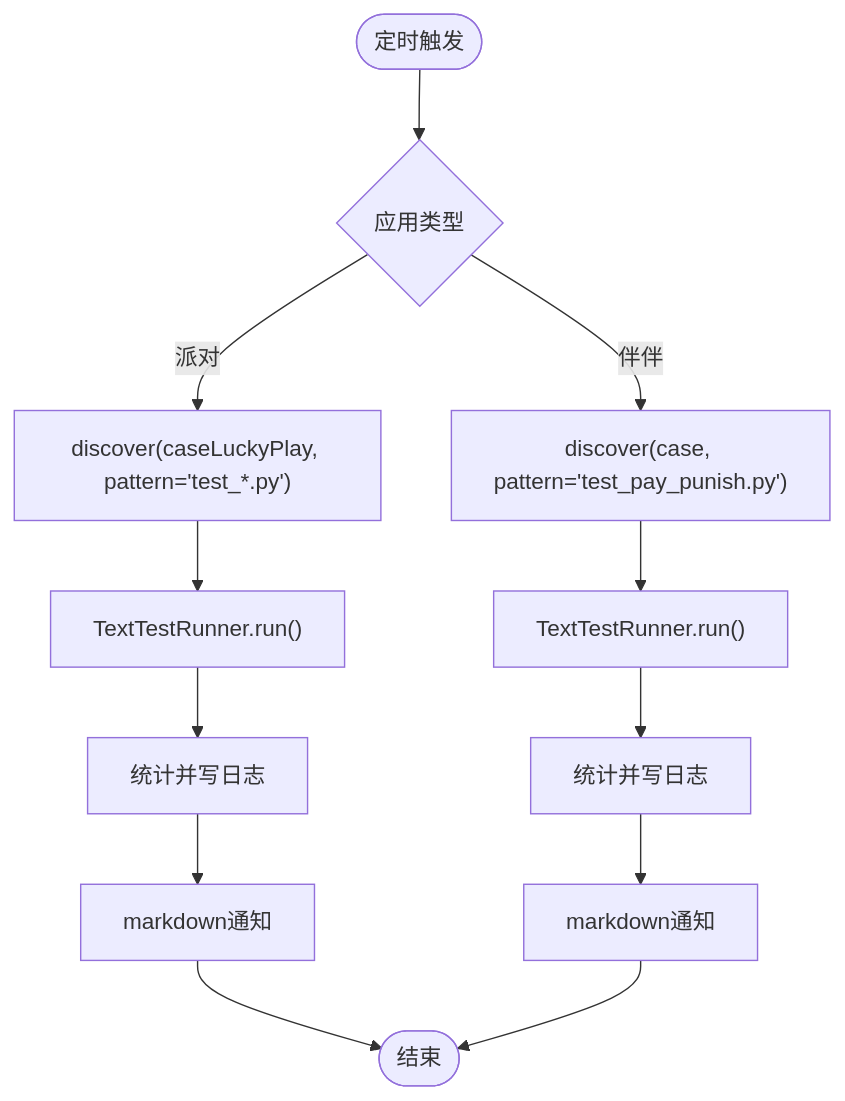
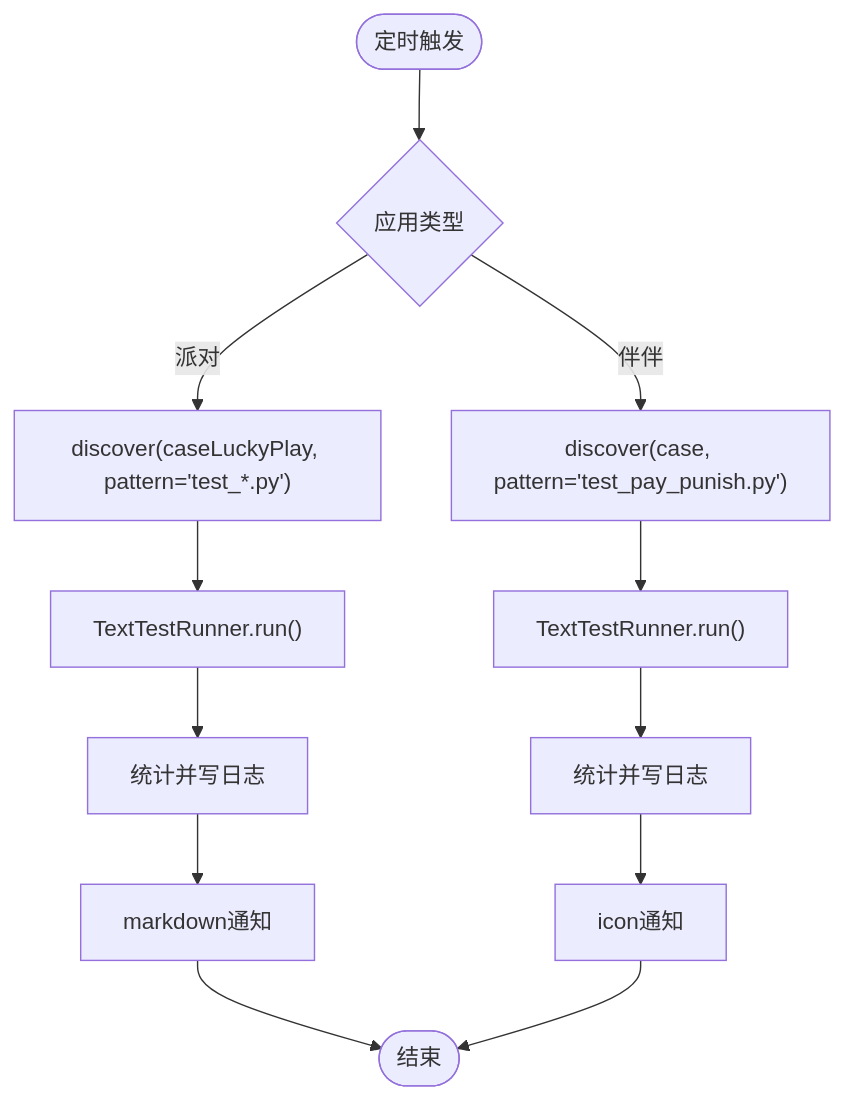
Before and after one commit to liximing1-ola/qa-payTest: the seventh of 12 diagrams in .qoder/repowiki/zh/content/自动化与CI_CD.md, drawn with Mermaid. The commit also changed other lines of this file and 3 other files, not shown here.

````diff
--- a/.qoder/repowiki/zh/content/自动化与CI_CD.md
+++ b/.qoder/repowiki/zh/content/自动化与CI_CD.md
@@ -319,14 +336,14 @@
 ```mermaid
 flowchart TD
 Start(["定时触发"]) --> ChooseApp{"应用类型"}
 ChooseApp --> |派对| LoadPT["discover(caseLuckyPlay, pattern='test_*.py')"]
 ChooseApp --> |伴伴| LoadBB["discover(case, pattern='test_pay_punish.py')"]
 LoadPT --> RunPT["TextTestRunner.run()"]
 LoadBB --> RunBB["TextTestRunner.run()"]
 RunPT --> StatPT["统计并写日志"]
 RunBB --> StatBB["统计并写日志"]
 StatPT --> NotifyPT["markdown通知"]
-StatBB --> NotifyBB["markdown通知"]
+StatBB --> NotifyBB["icon通知"]
 NotifyPT --> End(["结束"])
 NotifyBB --> End
 ```
````
